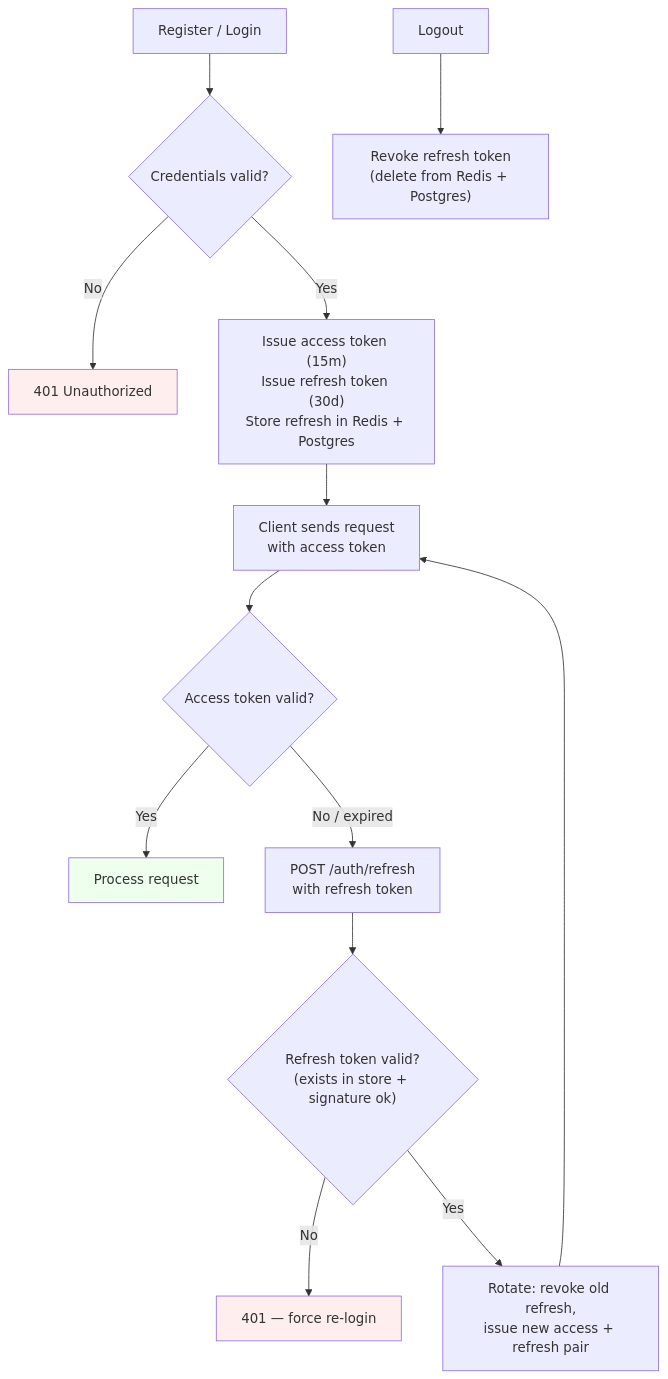
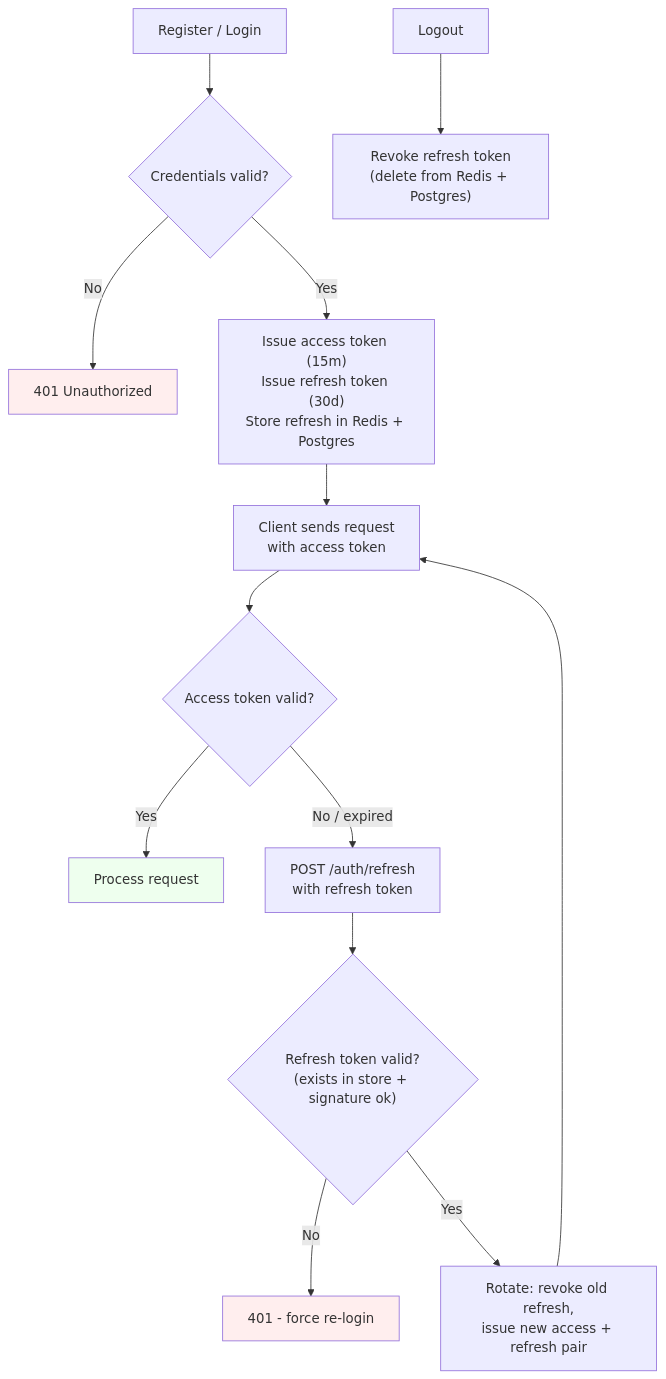
Before and after one commit to AndrewKliusa/finance-app: the first of 2 diagrams in README.md, drawn with Mermaid. The commit also changed other lines of this file and 3 other files, not shown here.

````diff
--- a/README.md
+++ b/README.md
@@ -46,22 +56,22 @@
 ```mermaid
 flowchart TB
     A["Register / Login"] --> B{"Credentials valid?"}
     B -- No --> B1["401 Unauthorized"]
     B -- Yes --> C["Issue access token (15m)<br/>Issue refresh token (30d)<br/>Store refresh in Redis + Postgres"]
 
     C --> D["Client sends request<br/>with access token"]
     D --> E{"Access token valid?"}
     E -- Yes --> F["Process request"]
     E -- No / expired --> G["POST /auth/refresh<br/>with refresh token"]
 
     G --> H{"Refresh token valid?<br/>(exists in store + signature ok)"}
-    H -- No --> I["401 — force re-login"]
+    H -- No --> I["401 - force re-login"]
     H -- Yes --> J["Rotate: revoke old refresh,<br/>issue new access + refresh pair"]
     J --> D
 
     K["Logout"] --> L["Revoke refresh token<br/>(delete from Redis + Postgres)"]
 
     style B1 fill:#fee
     style I fill:#fee
     style F fill:#efe
 ```
````
